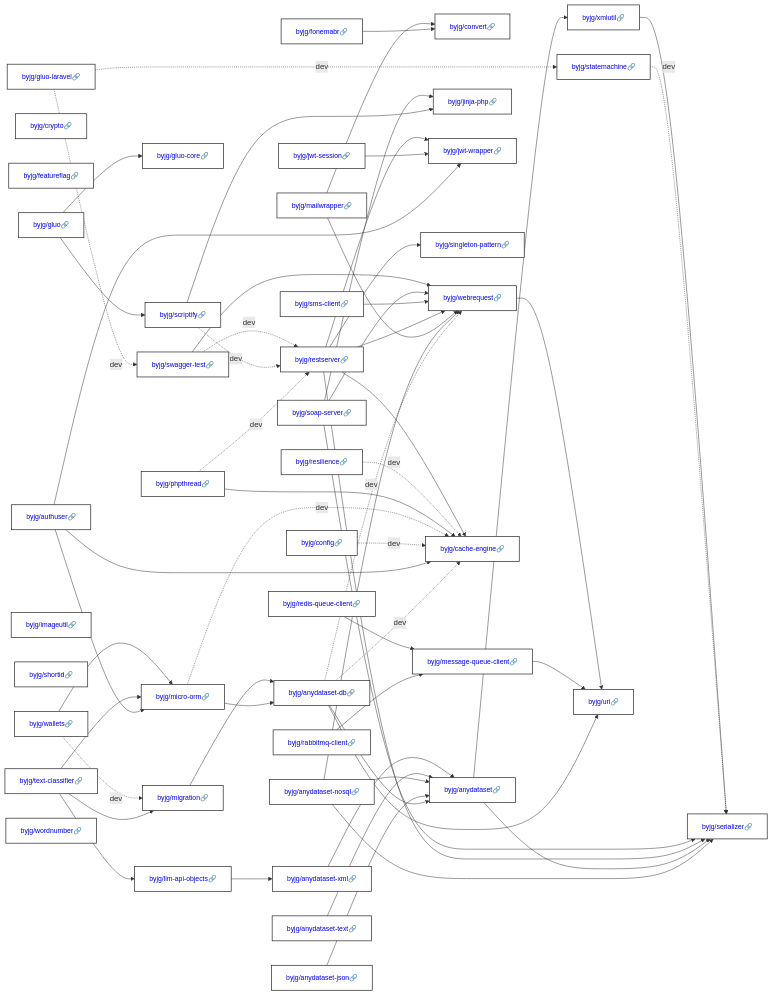
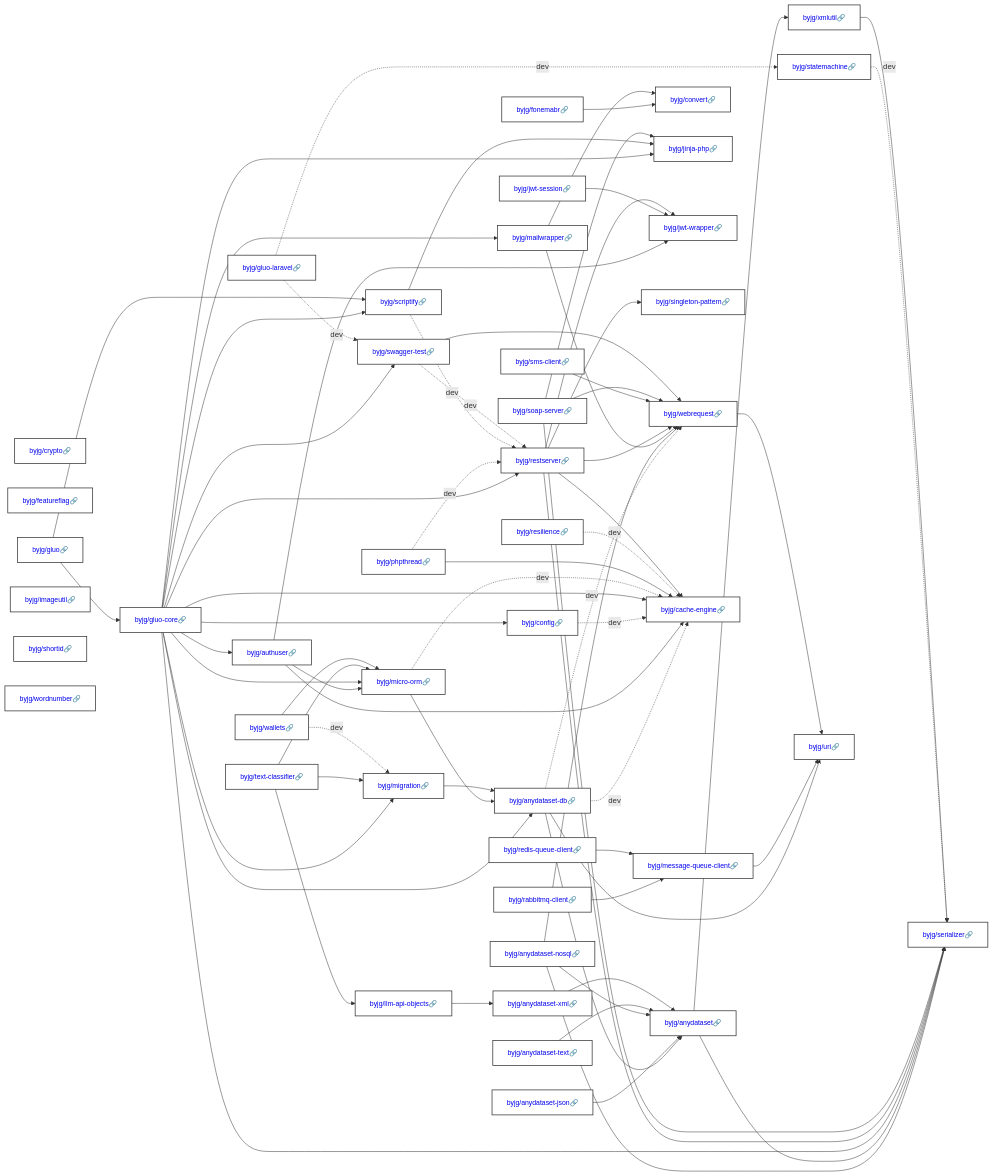
Before and after one commit to byjg/byjg.github.io: the diagram in docs/php/README.md, drawn with Mermaid. The commit also changed 2 other files, not shown here.

Commit message:
Update documentation 'php' 'php-gluo-core'

```diff
--- a/docs/php/README.md
+++ b/docs/php/README.md
@@ -9,8 +9,6 @@
   byjg/anydataset-json[<a href='https://opensource.byjg.com/docs/php/anydataset-json' style='text-decoration:none'>byjg/anydataset-json🔗</a>];
   byjg/anydataset-nosql[<a href='https://opensource.byjg.com/docs/php/anydataset-nosql' style='text-decoration:none'>byjg/anydataset-nosql🔗</a>];
   byjg/anydataset-text[<a href='https://opensource.byjg.com/docs/php/anydataset-text' style='text-decoration:none'>byjg/anydataset-text🔗</a>];
-  byjg/authuser[<a href='https://opensource.byjg.com/docs/php/authuser' style='text-decoration:none'>byjg/authuser🔗</a>];
-  byjg/config[<a href='https://opensource.byjg.com/docs/php/config' style='text-decoration:none'>byjg/config🔗</a>];
   byjg/crypto[<a href='https://opensource.byjg.com/docs/php/crypto' style='text-decoration:none'>byjg/crypto🔗</a>];
   byjg/featureflag[<a href='https://opensource.byjg.com/docs/php/featureflag' style='text-decoration:none'>byjg/featureflag🔗</a>];
   byjg/fonemabr[<a href='https://opensource.byjg.com/docs/php/fonemabr' style='text-decoration:none'>byjg/fonemabr🔗</a>];
@@ -18,7 +16,6 @@
   byjg/gluo-laravel[<a href='https://opensource.byjg.com/docs/php/gluo-laravel' style='text-decoration:none'>byjg/gluo-laravel🔗</a>];
   byjg/imageutil[<a href='https://opensource.byjg.com/docs/php/imageutil' style='text-decoration:none'>byjg/imageutil🔗</a>];
   byjg/jwt-session[<a href='https://opensource.byjg.com/docs/php/jwt-session' style='text-decoration:none'>byjg/jwt-session🔗</a>];
-  byjg/mailwrapper[<a href='https://opensource.byjg.com/docs/php/mailwrapper' style='text-decoration:none'>byjg/mailwrapper🔗</a>];
   byjg/phpthread[<a href='https://opensource.byjg.com/docs/php/phpthread' style='text-decoration:none'>byjg/phpthread🔗</a>];
   byjg/rabbitmq-client[<a href='https://opensource.byjg.com/docs/php/rabbitmq-client' style='text-decoration:none'>byjg/rabbitmq-client🔗</a>];
   byjg/redis-queue-client[<a href='https://opensource.byjg.com/docs/php/redis-queue-client' style='text-decoration:none'>byjg/redis-queue-client🔗</a>];
@@ -30,17 +27,20 @@
   byjg/wallets[<a href='https://opensource.byjg.com/docs/php/wallets' style='text-decoration:none'>byjg/wallets🔗</a>];
   byjg/wordnumber[<a href='https://opensource.byjg.com/docs/php/wordnumber' style='text-decoration:none'>byjg/wordnumber🔗</a>];
   byjg/gluo-core[<a href='https://opensource.byjg.com/docs/php/gluo-core' style='text-decoration:none'>byjg/gluo-core🔗</a>];
-  byjg/scriptify[<a href='https://opensource.byjg.com/docs/php/scriptify' style='text-decoration:none'>byjg/scriptify🔗</a>];
   byjg/statemachine[<a href='https://opensource.byjg.com/docs/php/statemachine' style='text-decoration:none'>byjg/statemachine🔗</a>];
-  byjg/swagger-test[<a href='https://opensource.byjg.com/docs/php/swagger-test' style='text-decoration:none'>byjg/swagger-test🔗</a>];
-  byjg/convert[<a href='https://opensource.byjg.com/docs/php/convert' style='text-decoration:none'>byjg/convert🔗</a>];
   byjg/message-queue-client[<a href='https://opensource.byjg.com/docs/php/message-queue-client' style='text-decoration:none'>byjg/message-queue-client🔗</a>];
   byjg/llm-api-objects[<a href='https://opensource.byjg.com/docs/php/llm-api-objects' style='text-decoration:none'>byjg/llm-api-objects🔗</a>];
+  byjg/authuser[<a href='https://opensource.byjg.com/docs/php/authuser' style='text-decoration:none'>byjg/authuser🔗</a>];
+  byjg/config[<a href='https://opensource.byjg.com/docs/php/config' style='text-decoration:none'>byjg/config🔗</a>];
+  byjg/mailwrapper[<a href='https://opensource.byjg.com/docs/php/mailwrapper' style='text-decoration:none'>byjg/mailwrapper🔗</a>];
+  byjg/migration[<a href='https://opensource.byjg.com/docs/php/migration' style='text-decoration:none'>byjg/migration🔗</a>];
+  byjg/scriptify[<a href='https://opensource.byjg.com/docs/php/scriptify' style='text-decoration:none'>byjg/scriptify🔗</a>];
+  byjg/swagger-test[<a href='https://opensource.byjg.com/docs/php/swagger-test' style='text-decoration:none'>byjg/swagger-test🔗</a>];
+  byjg/anydataset-xml[<a href='https://opensource.byjg.com/docs/php/anydataset-xml' style='text-decoration:none'>byjg/anydataset-xml🔗</a>];
   byjg/micro-orm[<a href='https://opensource.byjg.com/docs/php/micro-orm' style='text-decoration:none'>byjg/micro-orm🔗</a>];
-  byjg/migration[<a href='https://opensource.byjg.com/docs/php/migration' style='text-decoration:none'>byjg/migration🔗</a>];
+  byjg/convert[<a href='https://opensource.byjg.com/docs/php/convert' style='text-decoration:none'>byjg/convert🔗</a>];
   byjg/jinja-php[<a href='https://opensource.byjg.com/docs/php/jinja-php' style='text-decoration:none'>byjg/jinja-php🔗</a>];
   byjg/restserver[<a href='https://opensource.byjg.com/docs/php/restserver' style='text-decoration:none'>byjg/restserver🔗</a>];
-  byjg/anydataset-xml[<a href='https://opensource.byjg.com/docs/php/anydataset-xml' style='text-decoration:none'>byjg/anydataset-xml🔗</a>];
   byjg/anydataset-db[<a href='https://opensource.byjg.com/docs/php/anydataset-db' style='text-decoration:none'>byjg/anydataset-db🔗</a>];
   byjg/jwt-wrapper[<a href='https://opensource.byjg.com/docs/php/jwt-wrapper' style='text-decoration:none'>byjg/jwt-wrapper🔗</a>];
   byjg/singleton-pattern[<a href='https://opensource.byjg.com/docs/php/singleton-pattern' style='text-decoration:none'>byjg/singleton-pattern🔗</a>];
@@ -67,6 +67,18 @@
   byjg/authuser --> byjg/micro-orm;
   byjg/config -.->|dev| byjg/cache-engine;
   byjg/fonemabr --> byjg/convert;
+  byjg/gluo-core --> byjg/anydataset-db;
+  byjg/gluo-core --> byjg/authuser;
+  byjg/gluo-core --> byjg/cache-engine;
+  byjg/gluo-core --> byjg/config;
+  byjg/gluo-core --> byjg/jinja-php;
+  byjg/gluo-core --> byjg/mailwrapper;
+  byjg/gluo-core --> byjg/micro-orm;
+  byjg/gluo-core --> byjg/migration;
+  byjg/gluo-core --> byjg/restserver;
+  byjg/gluo-core --> byjg/scriptify;
+  byjg/gluo-core --> byjg/serializer;
+  byjg/gluo-core --> byjg/swagger-test;
   byjg/gluo-laravel -.->|dev| byjg/statemachine;
   byjg/gluo-laravel -.->|dev| byjg/swagger-test;
   byjg/gluo --> byjg/gluo-core;
```
